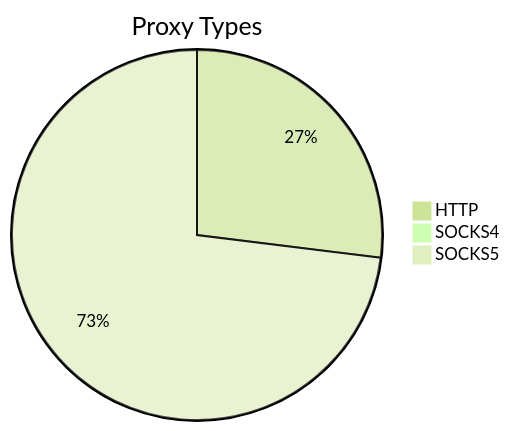
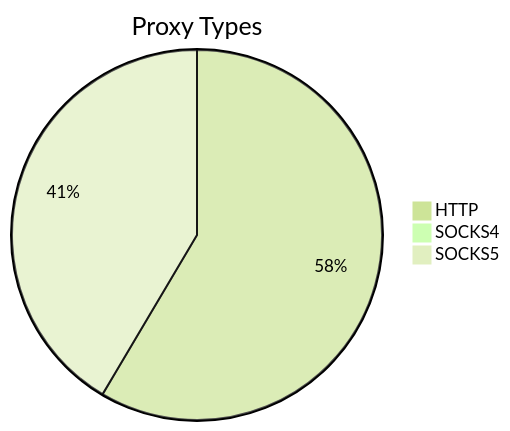
Before and after one commit to stormsia/proxy-list: the first of 2 diagrams in README.md, drawn with Mermaid (forest theme). The commit also changed other lines of this file, not shown here.

````diff
--- a/README.md
+++ b/README.md
@@ -21,6 +21,6 @@
 ```mermaid
 pie title Proxy Types
-    "HTTP" : 645
-    "SOCKS4" : 2
-    "SOCKS5" : 1748
+    "HTTP" : 1271
+    "SOCKS4" : 20
+    "SOCKS5" : 901
 ```
````
